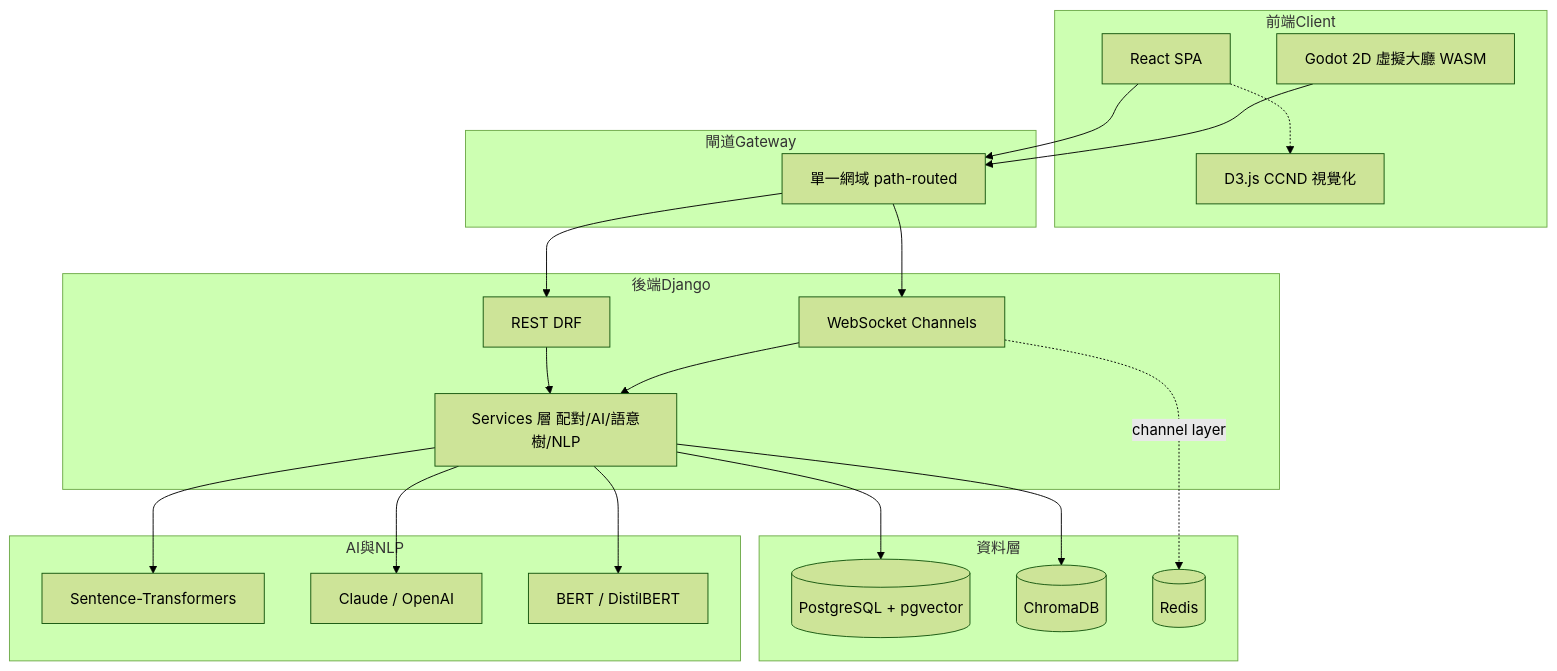
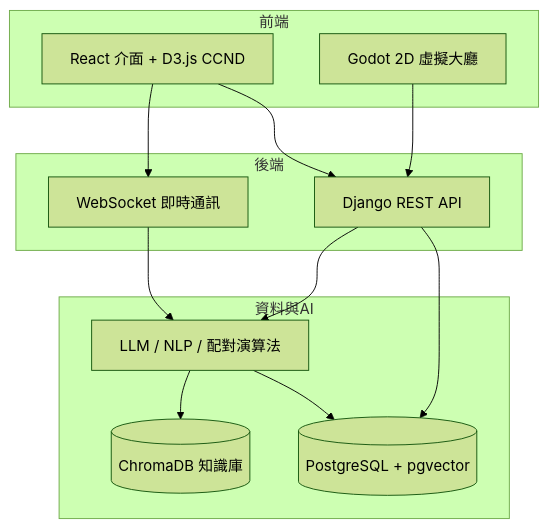
One commit to Ceeeuu/TakeAbridge-Portfolio changed the first of 2 diagrams in ARCHITECTURE.md. Above: the diagram before and after it, drawn with Mermaid (forest theme). The commit also changed other lines of this file and 5 other files, not shown here.

````diff
--- a/ARCHITECTURE.md
+++ b/ARCHITECTURE.md
@@ -10,44 +19,24 @@
 ```mermaid
 flowchart TB
-    subgraph 前端Client
-        R["React SPA"]
-        D["D3.js CCND 視覺化"]
-        G["Godot 2D 虛擬大廳 WASM"]
+    subgraph 前端
+        R["React 介面 + D3.js CCND"]
+        G["Godot 2D 虛擬大廳"]
     end
-
-    subgraph 閘道Gateway
-        NG["單一網域 path-routed"]
+    subgraph 後端
+        API["Django REST API"]
+        WS["WebSocket 即時通訊"]
     end
-
-    subgraph 後端Django
-        DRF["REST DRF"]
-        CH["WebSocket Channels"]
-        SVC["Services 層 配對/AI/語意樹/NLP"]
+    subgraph 資料與AI
+        DB[("PostgreSQL + pgvector")]
+        CH[("ChromaDB 知識庫")]
+        AI["LLM / NLP / 配對演算法"]
     end
-
-    subgraph 資料層
-        PG[("PostgreSQL + pgvector")]
-        CR[("ChromaDB")]
-        RD[("Redis")]
-    end
-
-    subgraph AI與NLP
-        EMB["Sentence-Transformers"]
-        LLM["Claude / OpenAI"]
-        CLS["BERT / DistilBERT"]
-    end
-
-    R --> NG
-    G --> NG
-    NG --> DRF
-    NG --> CH
-    DRF --> SVC
-    CH --> SVC
-    SVC --> PG
-    SVC --> CR
-    CH -.->|channel layer| RD
-    SVC --> EMB
-    SVC --> LLM
-    SVC --> CLS
-    R -.-> D
+    R --> API
+    R --> WS
+    G --> API
+    API --> DB
+    WS --> AI
+    API --> AI
+    AI --> DB
+    AI --> CH
 ```
````
